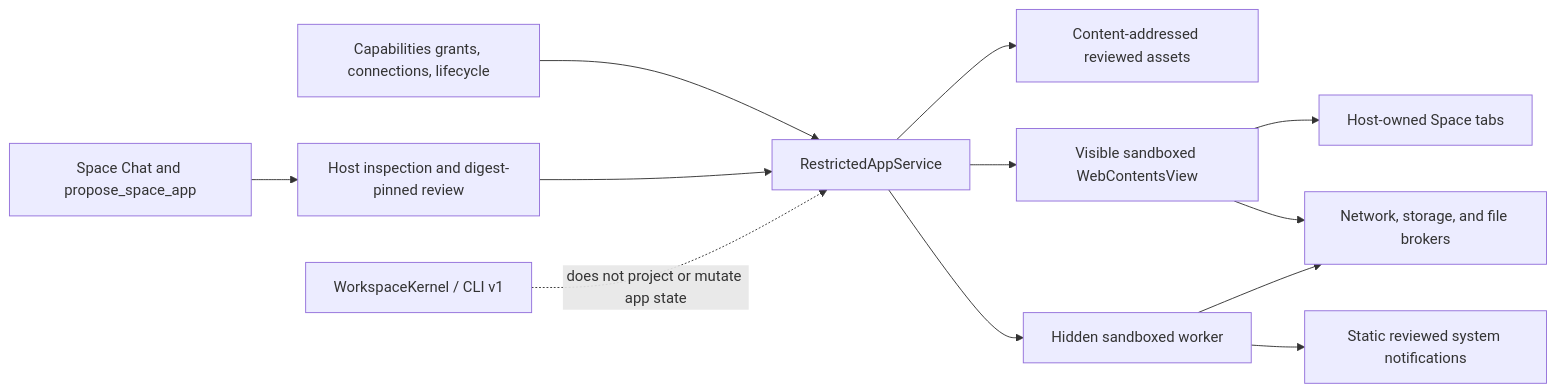
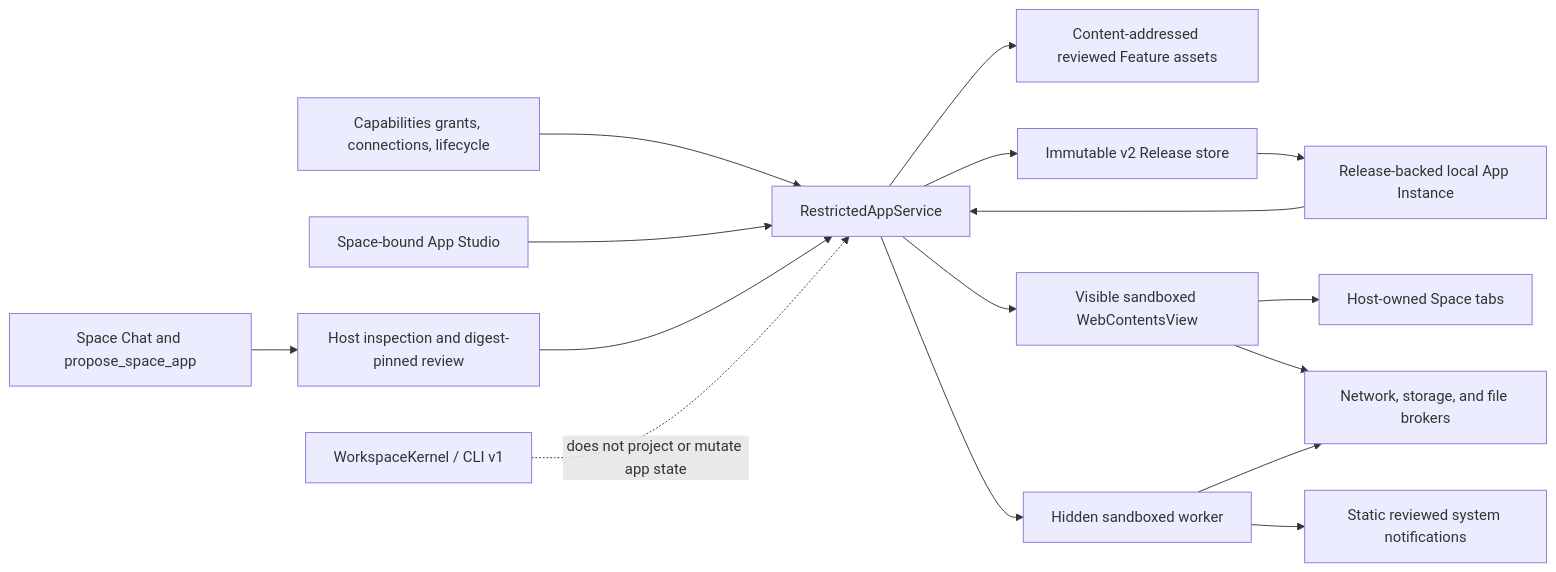
Before and after one commit to Mat-Tom-Son/workspace: the second of 2 diagrams in docs/architecture.md, drawn with Mermaid. The commit also changed other lines of this file and 51 other files, not shown here.

Commit message:
release: Workspace 0.4.0 Local App Studio

````diff
--- a/docs/architecture.md
+++ b/docs/architecture.md
@@ -76,14 +76,18 @@
 ```mermaid
 flowchart LR
   chat["Space Chat and propose_space_app"] --> review["Host inspection and digest-pinned review"]
   capabilities["Capabilities grants, connections, lifecycle"] --> service["RestrictedAppService"]
+  studio["Space-bound App Studio"] --> service
   review --> service
-  service --> staged["Content-addressed reviewed assets"]
+  service --> staged["Content-addressed reviewed Feature assets"]
+  service --> releases["Immutable v2 Release store"]
+  releases --> instance["Release-backed local App Instance"]
+  instance --> service
   service --> visible["Visible sandboxed WebContentsView"]
   service --> worker["Hidden sandboxed worker"]
   visible --> tabs["Host-owned Space tabs"]
   visible --> brokers["Network, storage, and file brokers"]
   worker --> brokers
   worker --> notifications["Static reviewed system notifications"]
   kernel["WorkspaceKernel / CLI v1"] -. "does not project or mutate app state" .-> service
 ```
````
